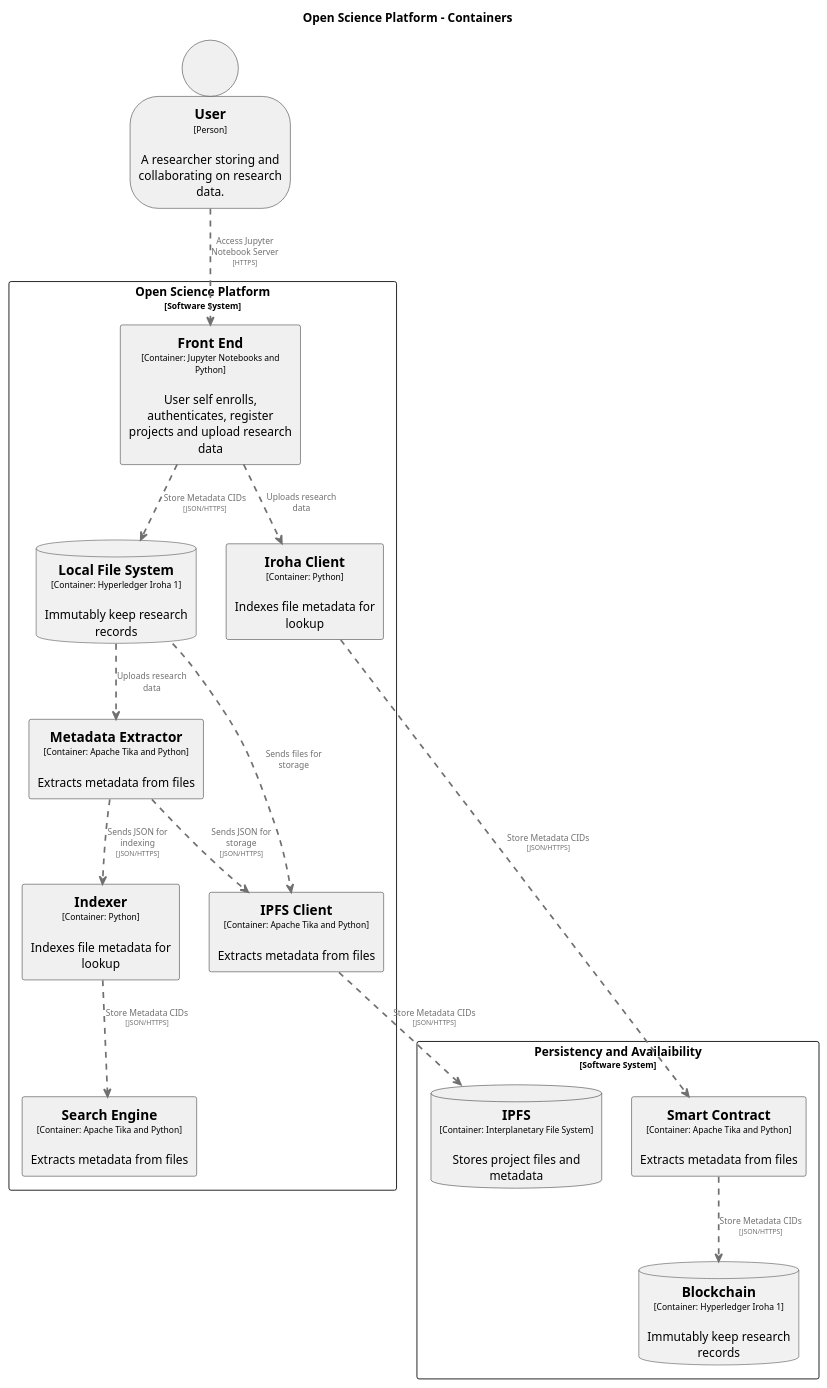
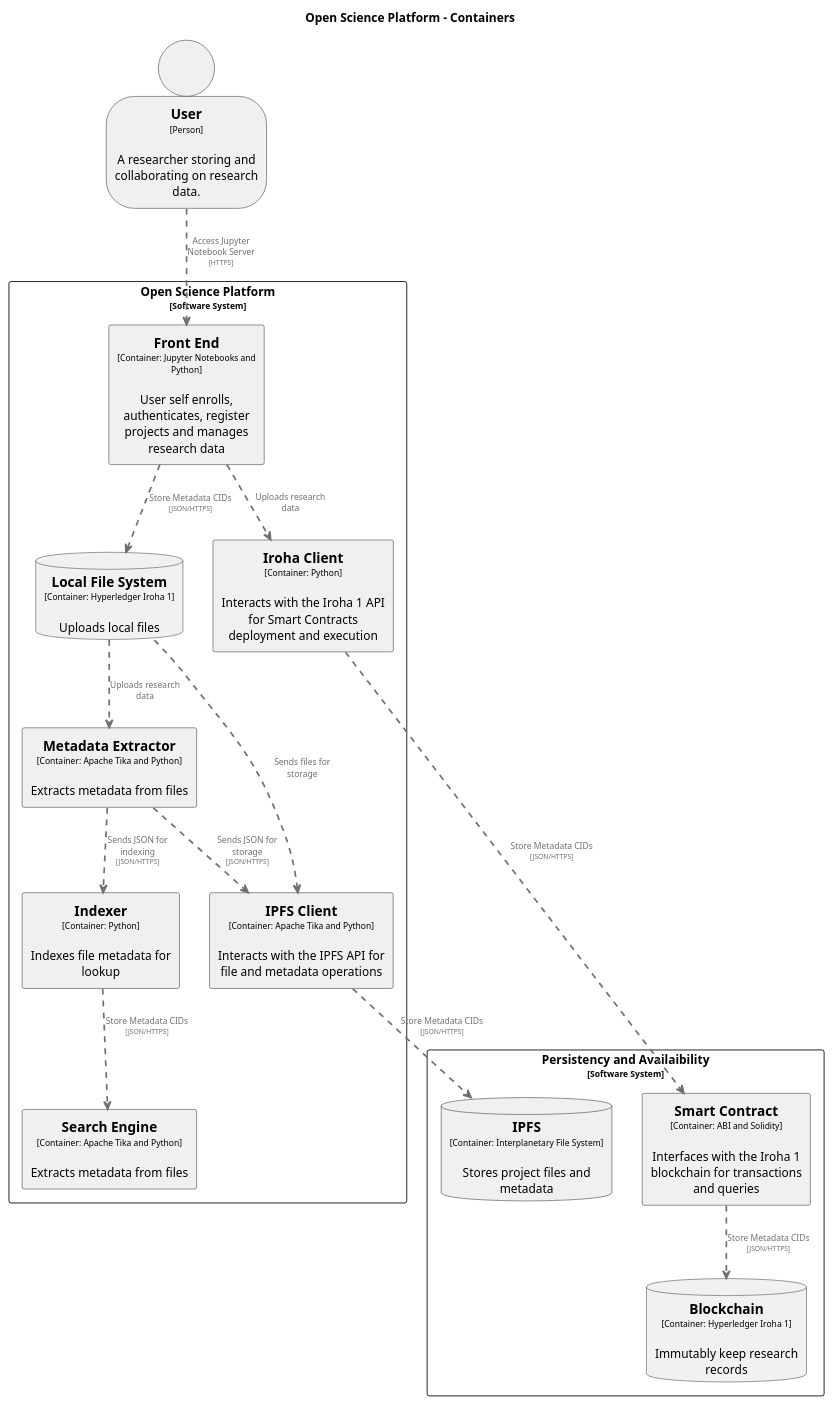
Before and after one commit to OliveiraEdu/d-OSP: the diagram in diagrams/plantUML/container_diagram.wsd, drawn with PlantUML.

Commit message:
updating container diagram

```diff
--- a/diagrams/plantUML/container_diagram.wsd
+++ b/diagrams/plantUML/container_diagram.wsd
@@ -1,124 +1,124 @@
 @startuml
 set separator none
 title Open Science Platform - Containers
 
 top to bottom direction
 
 skinparam {
   arrowFontSize 10
   defaultTextAlignment center
   wrapWidth 200
   maxMessageSize 100
 }
 
 hide stereotype
 
 skinparam rectangle<<OpenSciencePlatform.Indexer>> {
   BackgroundColor #F0F0F0
   FontColor #000000
   BorderColor #000000
   shadowing false
 }
 skinparam database<<OpenSciencePlatform.IPFS>> {
   BackgroundColor #F0F0F0
   FontColor #000000
   BorderColor #000000
   shadowing false
 }
 skinparam rectangle<<OpenSciencePlatform.Blockchain>> {
   BackgroundColor #F0F0F0
   FontColor #000000
   BorderColor #000000
   shadowing false
 }
 
 skinparam rectangle<<OpenSciencePlatform.SearchEngine>> {
   BackgroundColor #F0F0F0
   FontColor #000000
   BorderColor #000000
   shadowing false
 }
 
 skinparam person<<User>> {
   BackgroundColor #F0F0F0
   FontColor #000000
   BorderColor #000000
   shadowing false
 }
 skinparam rectangle<<OpenSciencePlatform.MetadataExtractor>> {
   BackgroundColor #F0F0F0
   FontColor #000000
   BorderColor #000000
   shadowing false
 }
 
 skinparam rectangle<<OpenSciencePlatform.IPFSClient>> {
   BackgroundColor #F0F0F0
   FontColor #000000
   BorderColor #000000
   shadowing false
 }
 
 skinparam rectangle<<OpenSciencePlatform.IrohaClient>> {
   BackgroundColor #F0F0F0
   FontColor #000000
   BorderColor #000000
   shadowing false
 }
 
 skinparam rectangle<<OpenSciencePlatform.FrontEnd>> {
   BackgroundColor #F0F0F0
   FontColor #000000
   BorderColor #000000
   shadowing false
 }
 
 skinparam rectangle<<OpenSciencePlatform.SmartContract>> {
   BackgroundColor #F0F0F0
   FontColor #000000
   BorderColor #000000
   shadowing false
 }
 skinparam rectangle<<OpenSciencePlatform>> {
   BorderColor #000000
   FontColor #000000
   shadowing false
 }
 
 person "==User\n<size:10>[Person]</size>\n\nA researcher storing and collaborating on research data." <<User>> as User
 
 rectangle "Open Science Platform\n<size:10>[Software System]</size>" <<OpenSciencePlatform>> {
-  rectangle "==Front End\n<size:10>[Container: Jupyter Notebooks and Python]</size>\n\nUser self enrolls, authenticates, register projects and upload research data " <<OpenSciencePlatform.FrontEnd>> as OpenSciencePlatform.FrontEnd
+  rectangle "==Front End\n<size:10>[Container: Jupyter Notebooks and Python]</size>\n\nUser self enrolls, authenticates, register projects and manages research data " <<OpenSciencePlatform.FrontEnd>> as OpenSciencePlatform.FrontEnd
   rectangle "==Indexer\n<size:10>[Container: Python]</size>\n\nIndexes file metadata for lookup" <<OpenSciencePlatform.Indexer>> as OpenSciencePlatform.Indexer
   rectangle "==Metadata Extractor\n<size:10>[Container: Apache Tika and Python]</size>\n\nExtracts metadata from files" <<OpenSciencePlatform.MetadataExtractor>> as OpenSciencePlatform.MetadataExtractor
-  rectangle "==Iroha Client\n<size:10>[Container: Python]</size>\n\nIndexes file metadata for lookup" <<OpenSciencePlatform.IrohaClient>> as OpenSciencePlatform.IrohaClient
-  rectangle "==IPFS Client\n<size:10>[Container: Apache Tika and Python]</size>\n\nExtracts metadata from files" <<OpenSciencePlatform.IPFSClient>> as OpenSciencePlatform.IPFSClient
+  rectangle "==Iroha Client\n<size:10>[Container: Python]</size>\n\nInteracts with the Iroha 1 API for Smart Contracts deployment and execution" <<OpenSciencePlatform.IrohaClient>> as OpenSciencePlatform.IrohaClient
+  rectangle "==IPFS Client\n<size:10>[Container: Apache Tika and Python]</size>\n\nInteracts with the IPFS API for file and metadata operations" <<OpenSciencePlatform.IPFSClient>> as OpenSciencePlatform.IPFSClient
   rectangle "==Search Engine\n<size:10>[Container: Apache Tika and Python]</size>\n\nExtracts metadata from files" <<OpenSciencePlatform.SearchEngine>> as OpenSciencePlatform.SearchEngine
-  database "==Local File System\n<size:10>[Container: Hyperledger Iroha 1]</size>\n\nImmutably keep research records" <<OpenSciencePlatform.LocalFileSystem>> as OpenSciencePlatform.LocalFileSystem
+  database "==Local File System\n<size:10>[Container: Hyperledger Iroha 1]</size>\n\nUploads local files" <<OpenSciencePlatform.LocalFileSystem>> as OpenSciencePlatform.LocalFileSystem
 
 }
 
   
 rectangle "Persistency and Availaibility\n<size:10>[Software System]</size>" <<OpenSciencePlatform>> {
   database "==IPFS\n<size:10>[Container: Interplanetary File System]</size>\n\nStores project files and metadata" <<OpenSciencePlatform.IPFS>> as OpenSciencePlatform.IPFS
   database "==Blockchain\n<size:10>[Container: Hyperledger Iroha 1]</size>\n\nImmutably keep research records" <<OpenSciencePlatform.Blockchain>> as OpenSciencePlatform.Blockchain
-  rectangle "==Smart Contract\n<size:10>[Container: Apache Tika and Python]</size>\n\nExtracts metadata from files" <<OpenSciencePlatform.SearchEngine>> as OpenSciencePlatform.SmartContract
+  rectangle "==Smart Contract\n<size:10>[Container: ABI and Solidity]</size>\n\nInterfaces with the Iroha 1 blockchain for transactions and queries" <<OpenSciencePlatform.SearchEngine>> as OpenSciencePlatform.SmartContract
 
 }
 
 User .[#707070,thickness=2].> OpenSciencePlatform.FrontEnd : "<color:#707070>Access Jupyter Notebook Server\n<color:#707070><size:8>[HTTPS]</size>"
 OpenSciencePlatform.LocalFileSystem .[#707070,thickness=2].> OpenSciencePlatform.MetadataExtractor : "<color:#707070>Uploads research data"
 OpenSciencePlatform.FrontEnd .[#707070,thickness=2].> OpenSciencePlatform.IrohaClient : "<color:#707070>Uploads research data"
 OpenSciencePlatform.LocalFileSystem .[#707070,thickness=2].> OpenSciencePlatform.IPFSClient : "<color:#707070>Sends files for storage"
 OpenSciencePlatform.MetadataExtractor .[#707070,thickness=2].> OpenSciencePlatform.Indexer : "<color:#707070>Sends JSON for indexing\n<color:#707070><size:8>[JSON/HTTPS]</size>"
 OpenSciencePlatform.MetadataExtractor .[#707070,thickness=2].> OpenSciencePlatform.IPFSClient : "<color:#707070>Sends JSON for storage\n<color:#707070><size:8>[JSON/HTTPS]</size>"
 OpenSciencePlatform.SmartContract .[#707070,thickness=2].> OpenSciencePlatform.Blockchain : "<color:#707070>Store Metadata CIDs\n<color:#707070><size:8>[JSON/HTTPS]</size>"
 OpenSciencePlatform.IPFSClient .[#707070,thickness=2].> OpenSciencePlatform.IPFS : "<color:#707070>Store Metadata CIDs\n<color:#707070><size:8>[JSON/HTTPS]</size>"
 OpenSciencePlatform.Indexer .[#707070,thickness=2].> OpenSciencePlatform.SearchEngine : "<color:#707070>Store Metadata CIDs\n<color:#707070><size:8>[JSON/HTTPS]</size>"
 OpenSciencePlatform.FrontEnd .[#707070,thickness=2].> OpenSciencePlatform.LocalFileSystem : "<color:#707070>Store Metadata CIDs\n<color:#707070><size:8>[JSON/HTTPS]</size>"
 OpenSciencePlatform.IrohaClient .[#707070,thickness=2].> OpenSciencePlatform.SmartContract : "<color:#707070>Store Metadata CIDs\n<color:#707070><size:8>[JSON/HTTPS]</size>"
 
 
 
 
 @enduml
```
